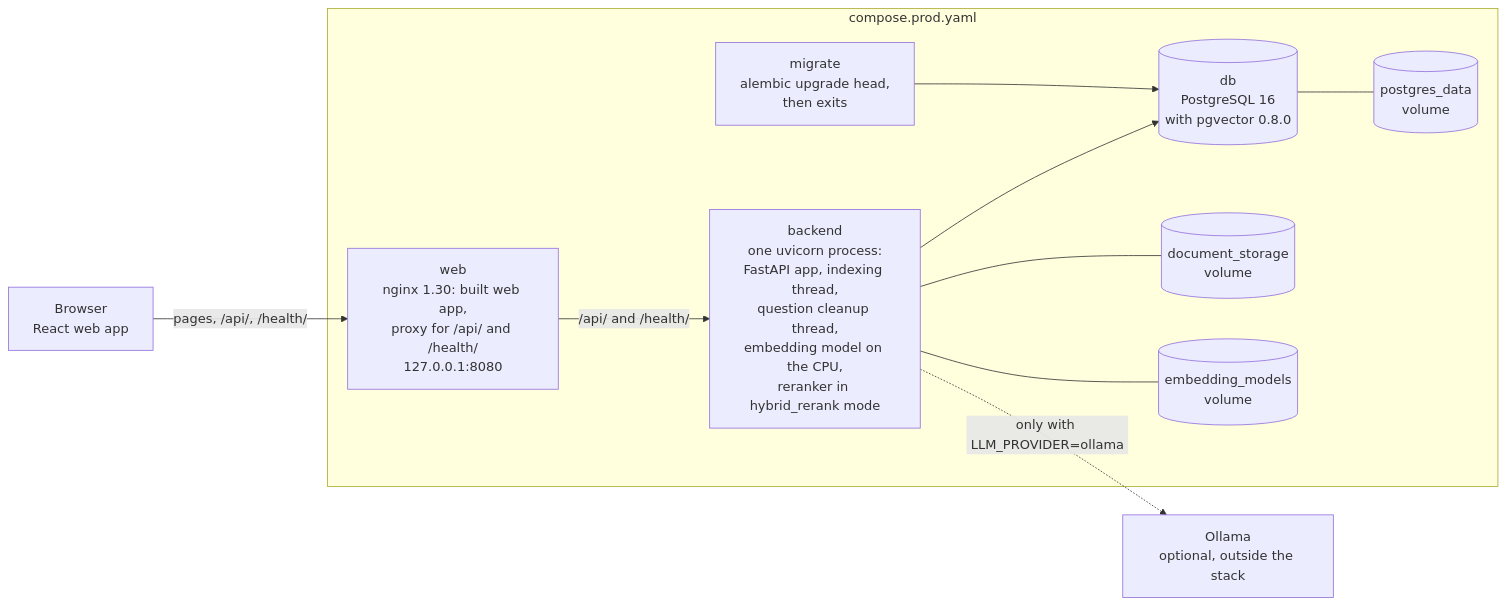
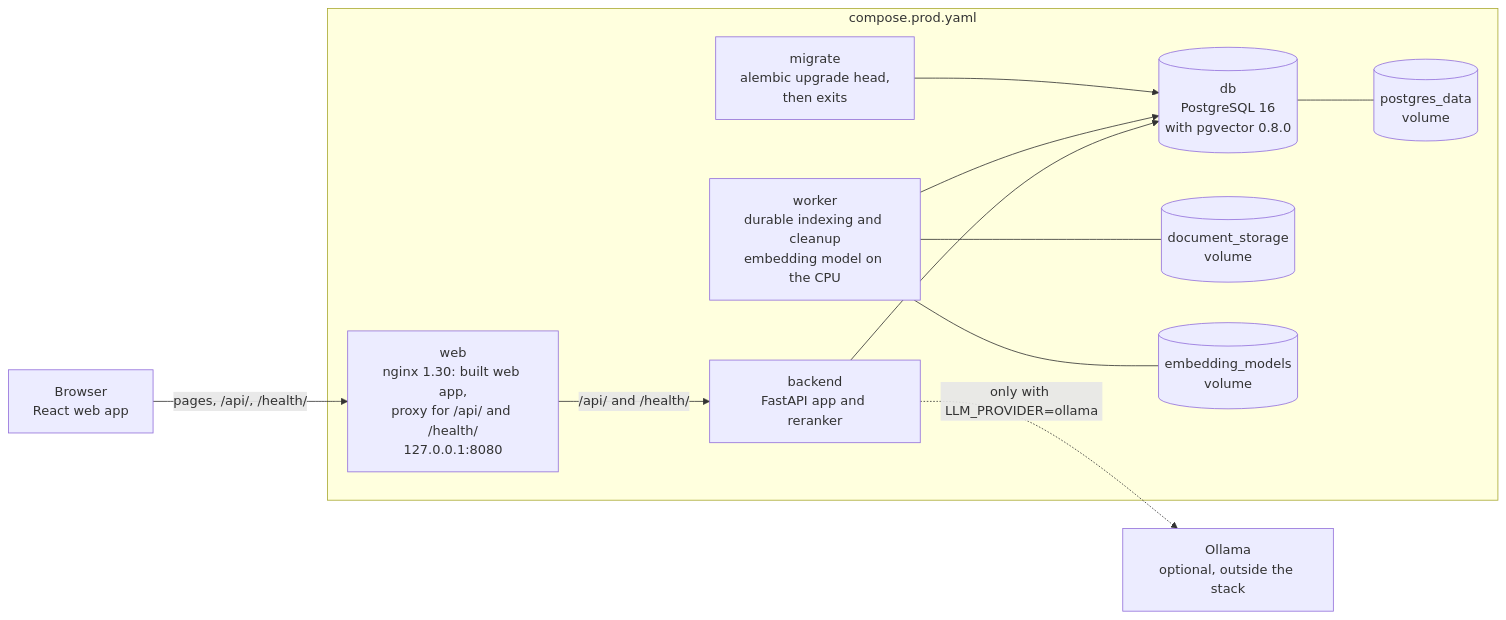
The first of 5 diagrams in docs/architecture/README.md (tatpudiarvind/evidence-backed-knowledge-assistant), drawn with Mermaid before and after one commit. The commit also changed other lines of this file and 24 other files, not shown here.

Commit message:
Phase 8: add durable indexing queue

````diff
--- a/docs/architecture/README.md
+++ b/docs/architecture/README.md
@@ -18,22 +18,24 @@
 ```mermaid
 flowchart LR
     Browser["Browser<br/>React web app"]
     subgraph Stack["compose.prod.yaml"]
         Web["web<br/>nginx 1.30: built web app,<br/>proxy for /api/ and /health/<br/>127.0.0.1:8080"]
-        API["backend<br/>one uvicorn process:<br/>FastAPI app, indexing thread,<br/>question cleanup thread,<br/>embedding model on the CPU,<br/>reranker in hybrid_rerank mode"]
+        API["backend<br/>FastAPI app and reranker"]
+        Worker["worker<br/>durable indexing and cleanup<br/>embedding model on the CPU"]
         Migrate["migrate<br/>alembic upgrade head,<br/>then exits"]
         DB[("db<br/>PostgreSQL 16<br/>with pgvector 0.8.0")]
         Files[("document_storage<br/>volume")]
         Models[("embedding_models<br/>volume")]
         PGData[("postgres_data<br/>volume")]
     end
     Ollama["Ollama<br/>optional, outside the stack"]
     Browser -->|"pages, /api/, /health/"| Web
     Web -->|"/api/ and /health/"| API
     API --> DB
+    Worker --> DB
     Migrate --> DB
     DB --- PGData
-    API --- Files
-    API --- Models
+    Worker --- Files
+    Worker --- Models
     API -.->|"only with LLM_PROVIDER=ollama"| Ollama
 ```
````
